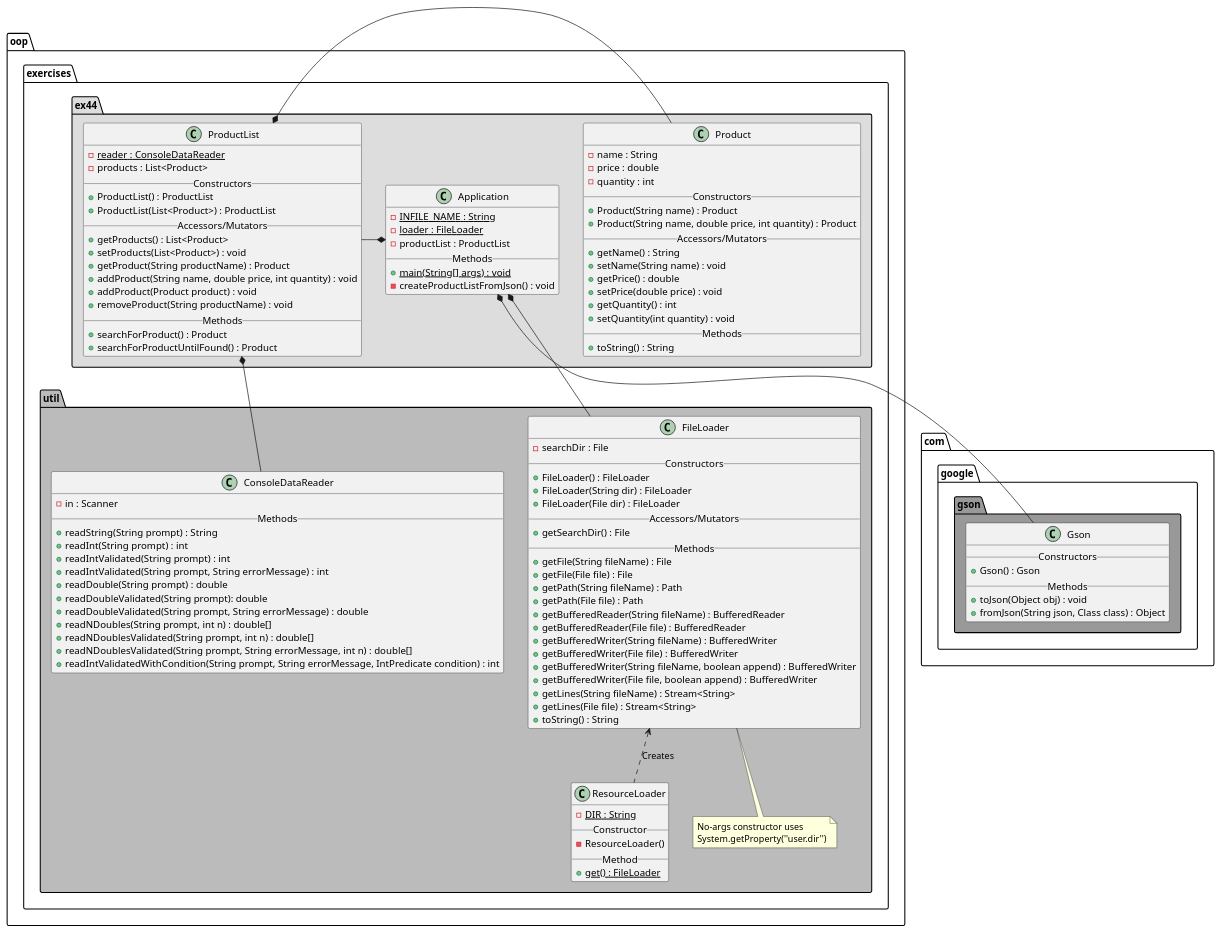
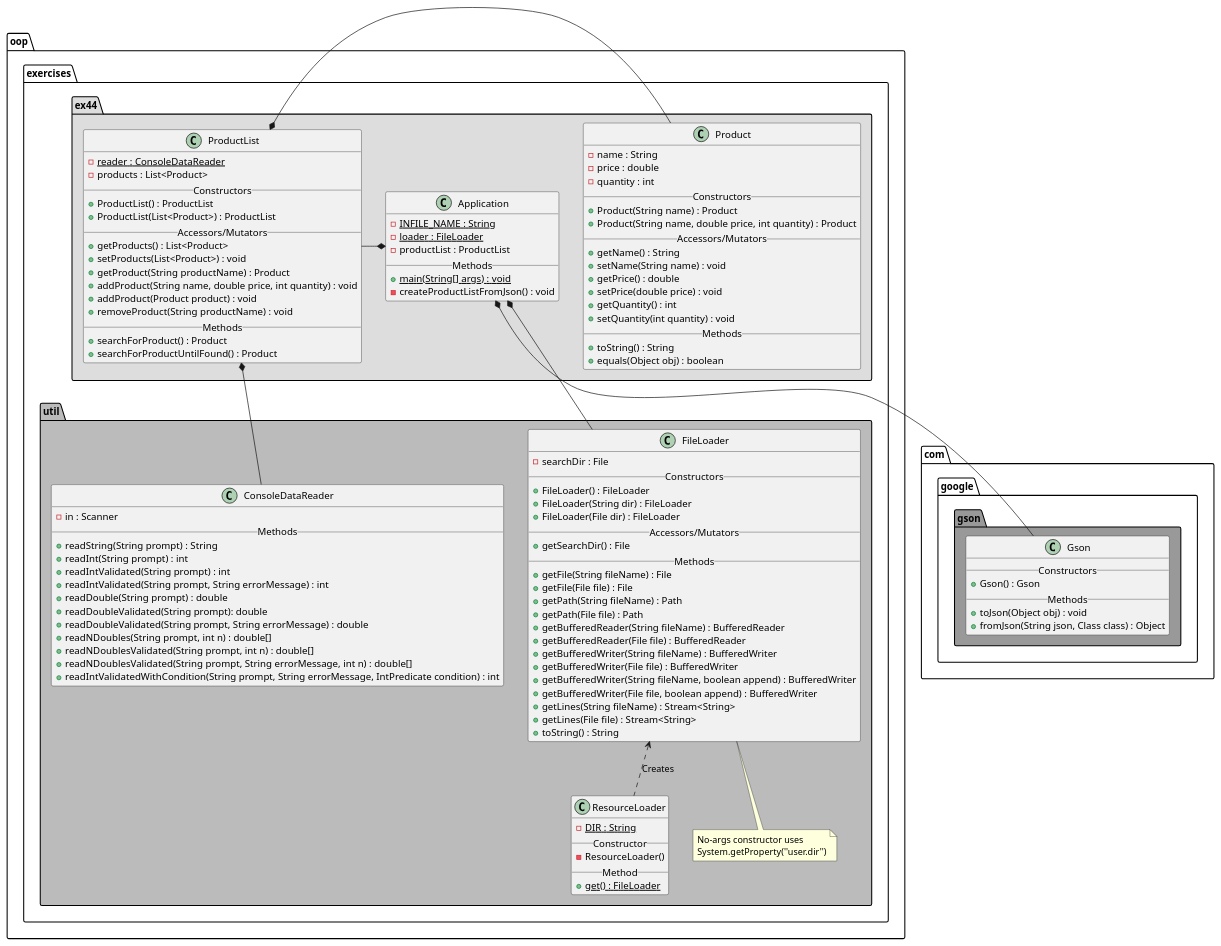
Before and after one commit to xera51/gray-cop3330-assignment3: the diagram in docs/ex44ClassDiagram.puml, drawn with PlantUML. The commit also changed 2 other files, not shown here.

Commit message:
Added equals() method to Product

```diff
--- a/docs/ex44ClassDiagram.puml
+++ b/docs/ex44ClassDiagram.puml
@@ -1,127 +1,128 @@
 @startuml
 
 package oop.exercises.ex44#DDD {
 
     class Application {
         - {static} INFILE_NAME : String
         - {static} loader : FileLoader
         - productList : ProductList
         __Methods__
         + {static} main(String[] args) : void
         - createProductListFromJson() : void
     }
 
     class ProductList {
         - {static} reader : ConsoleDataReader
         - products : List<Product>
         __Constructors__
         + ProductList() : ProductList
         + ProductList(List<Product>) : ProductList
         __Accessors/Mutators__
         + getProducts() : List<Product>
         + setProducts(List<Product>) : void
         + getProduct(String productName) : Product
         + addProduct(String name, double price, int quantity) : void
         + addProduct(Product product) : void
         + removeProduct(String productName) : void
         __Methods__
         + searchForProduct() : Product
         + searchForProductUntilFound() : Product
     }
 
     class Product {
         - name : String
         - price : double
         - quantity : int
         __Constructors__
         + Product(String name) : Product
         + Product(String name, double price, int quantity) : Product
         __Accessors/Mutators__
         + getName() : String
         + setName(String name) : void
         + getPrice() : double
         + setPrice(double price) : void
         + getQuantity() : int
         + setQuantity(int quantity) : void
         __Methods__
         + toString() : String
+        + equals(Object obj) : boolean
     }
 
     Application *- ProductList
     ProductList *- Product
 }
 
 package com.google.gson#999 {
 
     class Gson {
         __Constructors__
         + Gson() : Gson
         __Methods__
         + toJson(Object obj) : void
         + fromJson(String json, Class class) : Object
     }
 
     Application *-- Gson
 }
 
 package oop.exercises.util#BBB {
 
     class FileLoader {
         - searchDir : File
         __Constructors__
         + FileLoader() : FileLoader
         + FileLoader(String dir) : FileLoader
         + FileLoader(File dir) : FileLoader
         __Accessors/Mutators__
         + getSearchDir() : File
         __Methods__
         + getFile(String fileName) : File
         + getFile(File file) : File
         + getPath(String fileName) : Path
         + getPath(File file) : Path
         + getBufferedReader(String fileName) : BufferedReader
         + getBufferedReader(File file) : BufferedReader
         + getBufferedWriter(String fileName) : BufferedWriter
         + getBufferedWriter(File file) : BufferedWriter
         + getBufferedWriter(String fileName, boolean append) : BufferedWriter
         + getBufferedWriter(File file, boolean append) : BufferedWriter
         + getLines(String fileName) : Stream<String>
         + getLines(File file) : Stream<String>
         + toString() : String
     }
 
     class ResourceLoader {
         - {static} DIR : String
         __Constructor__
         - ResourceLoader()
         __Method__
         + {static} get() : FileLoader
     }
 
 
     class ConsoleDataReader {
         - in : Scanner
         __Methods__
         + readString(String prompt) : String
         + readInt(String prompt) : int
         + readIntValidated(String prompt) : int
         + readIntValidated(String prompt, String errorMessage) : int
         + readDouble(String prompt) : double
         + readDoubleValidated(String prompt): double
         + readDoubleValidated(String prompt, String errorMessage) : double
         + readNDoubles(String prompt, int n) : double[]
         + readNDoublesValidated(String prompt, int n) : double[]
         + readNDoublesValidated(String prompt, String errorMessage, int n) : double[]
         + readIntValidatedWithCondition(String prompt, String errorMessage, IntPredicate condition) : int
     }
 
     FileLoader <.. ResourceLoader : "Creates"
 
     note "No-args constructor uses\nSystem.getProperty(''user.dir'')" as emptyConstructorNote
      FileLoader .. emptyConstructorNote
 
     ProductList *-- ConsoleDataReader
     Application *-- FileLoader
 }
 
 @enduml
```
